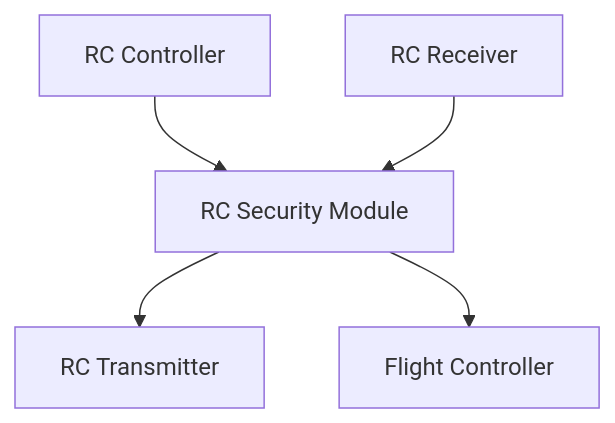
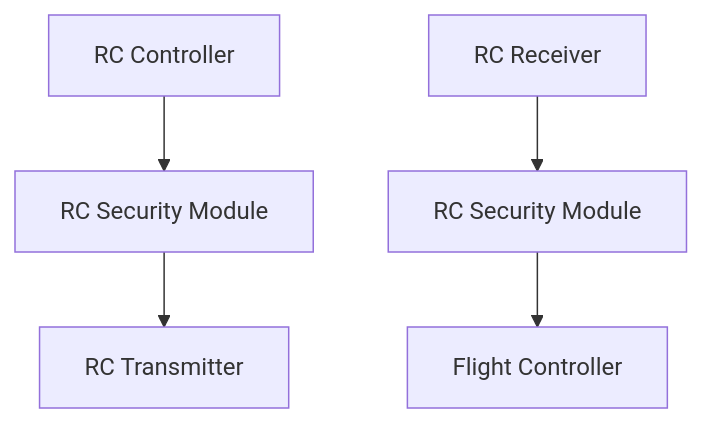
The diagram in README.md (donghee/rc-security-module), drawn with Mermaid before and after one commit. The commit also changed other lines of this file and 9 other files, not shown here.

````diff
--- a/README.md
+++ b/README.md
@@ -7,7 +7,7 @@
 ```mermaid
 graph TD;
     A[RC Controller] --> B[RC Security Module]
     B --> C[RC Transmitter]
-    D[RC Receiver] --> B
-    B --> E[Flight Controller]
+    D[RC Receiver] --> E[RC Security Module]
+    E --> F[Flight Controller]
 ```
````
